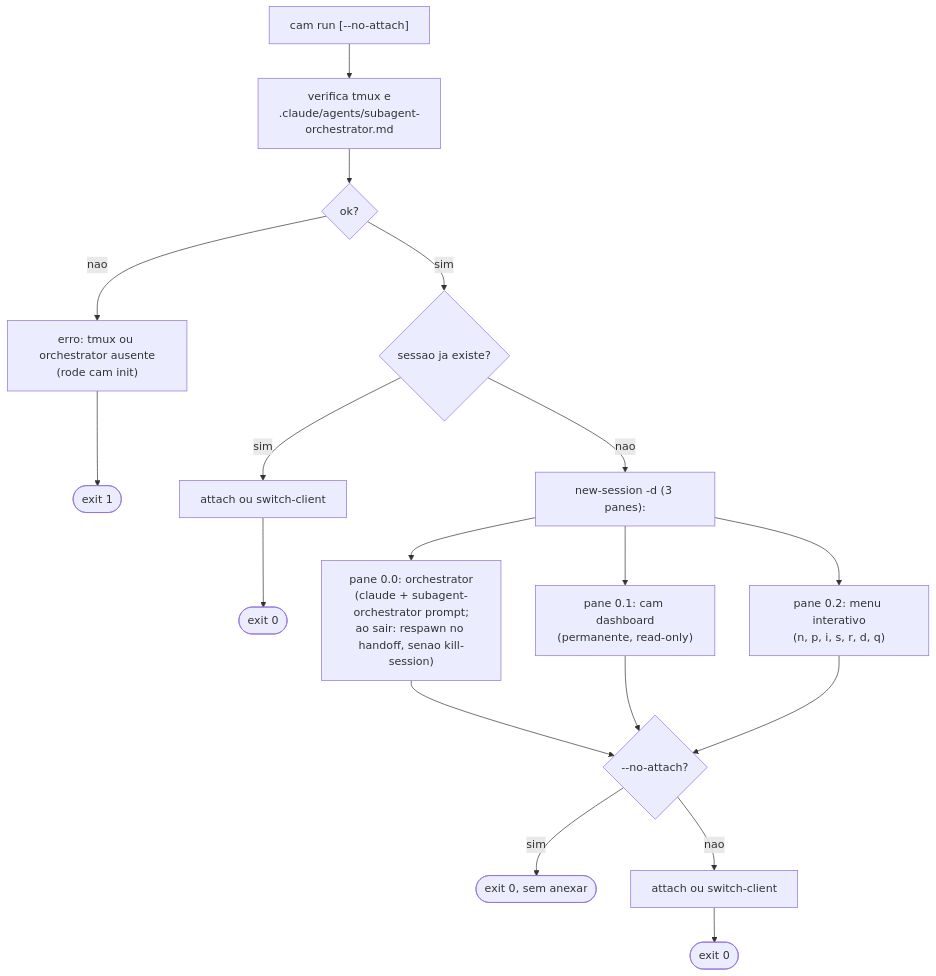
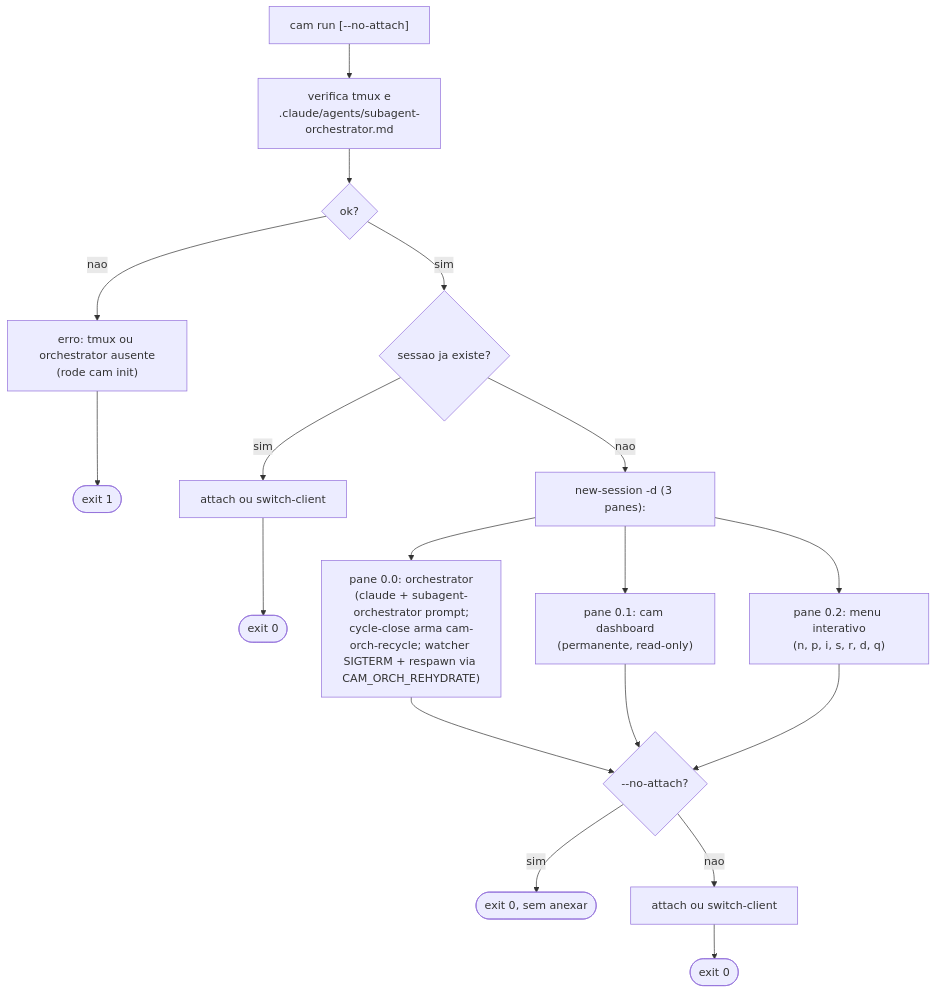
Before and after one commit to eduardocaminha/cam-cli: the third of 10 diagrams in FLOW.md, drawn with Mermaid. The commit also changed other lines of this file and 24 other files, not shown here.

First line of the commit message:
feat: autonomous orchestrator recycle — SIGTERM+respawn on cycle-close, explicit rehydrate (CAM-162) (#120)

````diff
--- a/FLOW.md
+++ b/FLOW.md
@@ -155,22 +157,22 @@
 ```mermaid
 flowchart TD
     A["cam run [--no-attach]"] --> CHECK["verifica tmux e<br/>.claude/agents/subagent-orchestrator.md"]
     CHECK --> CHKOK{"ok?"}
     CHKOK -->|nao| ERR["erro: tmux ou orchestrator ausente<br/>(rode cam init)"] --> EXIT1(["exit 1"])
 
     CHKOK -->|sim| EXISTS{"sessao ja existe?"}
     EXISTS -->|sim| ATTACH["attach ou switch-client"]
     ATTACH --> EXIT0a(["exit 0"])
 
     EXISTS -->|nao| CREATE["new-session -d (3 panes):"]
-    CREATE --> P0["pane 0.0: orchestrator<br/>(claude + subagent-orchestrator prompt;<br/>ao sair: respawn no handoff, senao kill-session)"]
+    CREATE --> P0["pane 0.0: orchestrator<br/>(claude + subagent-orchestrator prompt;<br/>cycle-close arma cam-orch-recycle; watcher SIGTERM + respawn via CAM_ORCH_REHYDRATE)"]
     CREATE --> P1["pane 0.1: cam dashboard<br/>(permanente, read-only)"]
     CREATE --> P2["pane 0.2: menu interativo<br/>(n, p, i, s, r, d, q)"]
 
     P0 --> NOATTACH{"--no-attach?"}
     P1 --> NOATTACH
     P2 --> NOATTACH
     NOATTACH -->|sim| EXIT0b(["exit 0, sem anexar"])
     NOATTACH -->|nao| ATTACH2["attach ou switch-client"]
     ATTACH2 --> EXIT0c(["exit 0"])
 ```
````
